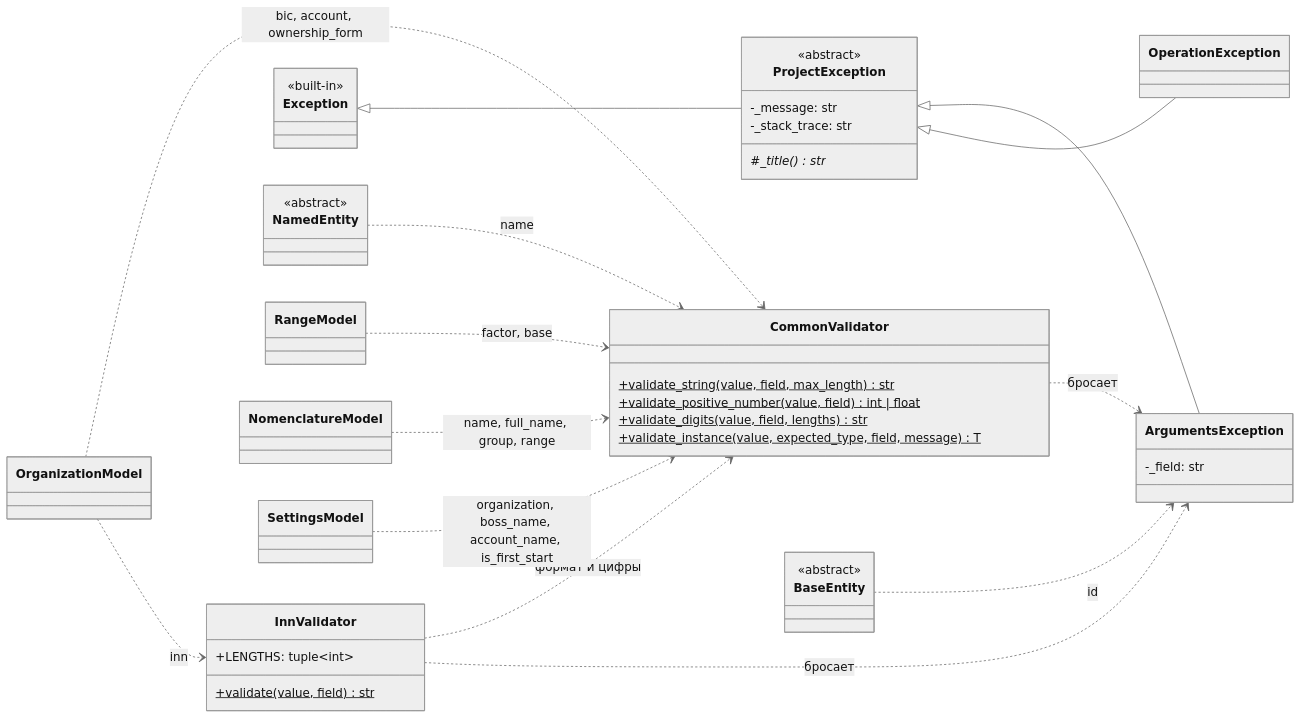
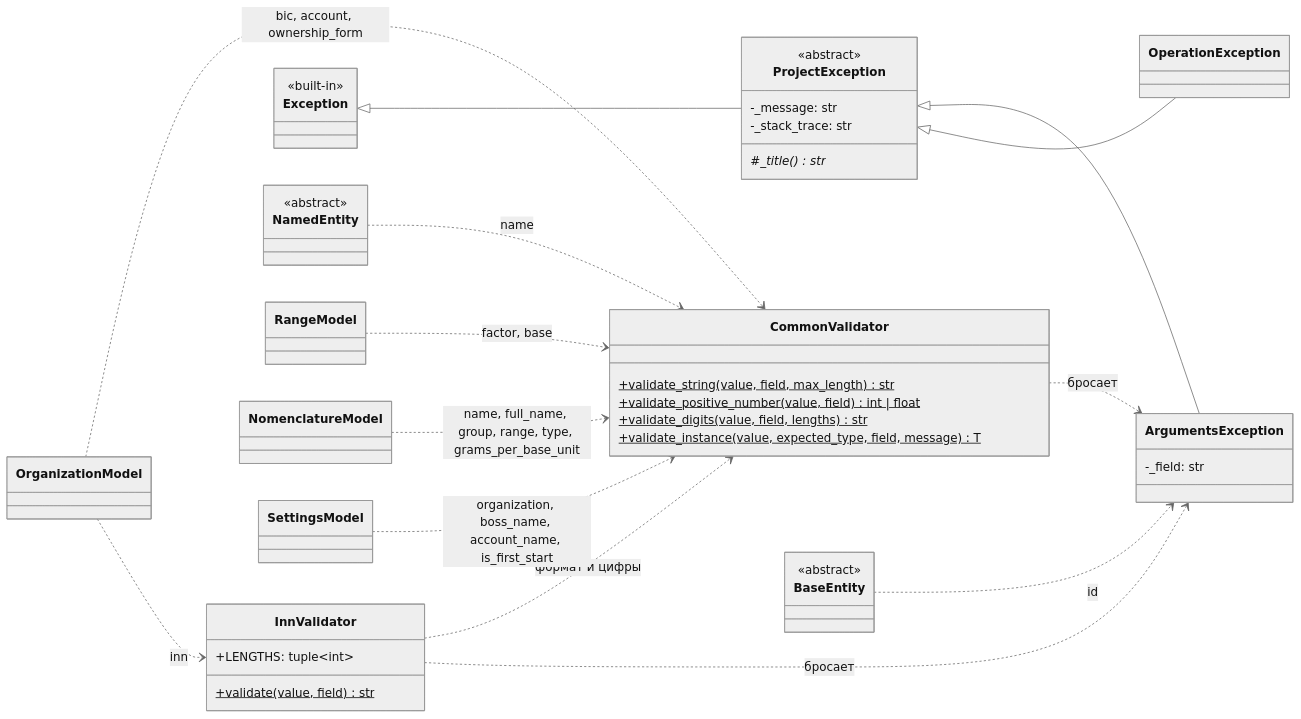
Before and after one commit to asutenshi/design-patterns: the second of 4 diagrams in Docs/ClassDiagram.md, drawn with Mermaid (neutral theme). The commit also changed other lines of this file and 6 other files, not shown here.

Commit message:
feat: extend NomenclatureModel logic: add type and grams_per_base_unit

````diff
--- a/Docs/ClassDiagram.md
+++ b/Docs/ClassDiagram.md
@@ -91,60 +104,60 @@
 ```mermaid
 classDiagram
     direction LR
 
     class CommonValidator {
         +validate_string(value, field, max_length)$ str
         +validate_positive_number(value, field)$ int | float
         +validate_digits(value, field, lengths)$ str
         +validate_instance(value, expected_type, field, message)$ T
     }
 
     class InnValidator {
         +LENGTHS: tuple~int~
         +validate(value, field)$ str
     }
 
     class ProjectException {
         <<abstract>>
         -_message: str
         -_stack_trace: str
         #_title()* str
     }
 
     class ArgumentsException {
         -_field: str
     }
 
     class OperationException
 
     class Exception {
         <<built-in>>
     }
 
     class NamedEntity {
         <<abstract>>
     }
 
     class BaseEntity {
         <<abstract>>
     }
 
     class RangeModel
     class NomenclatureModel
     class OrganizationModel
     class SettingsModel
 
     Exception <|-- ProjectException
     ProjectException <|-- ArgumentsException
     ProjectException <|-- OperationException
     InnValidator ..> CommonValidator : формат и цифры
     CommonValidator ..> ArgumentsException : бросает
     InnValidator ..> ArgumentsException : бросает
     BaseEntity ..> ArgumentsException : id
     NamedEntity ..> CommonValidator : name
     RangeModel ..> CommonValidator : factor, base
-    NomenclatureModel ..> CommonValidator : name, full_name, group, range
+    NomenclatureModel ..> CommonValidator : name, full_name, group, range, type, grams_per_base_unit
     OrganizationModel ..> CommonValidator : bic, account, ownership_form
     OrganizationModel ..> InnValidator : inn
     SettingsModel ..> CommonValidator : organization, boss_name, account_name, is_first_start
 ```
````
